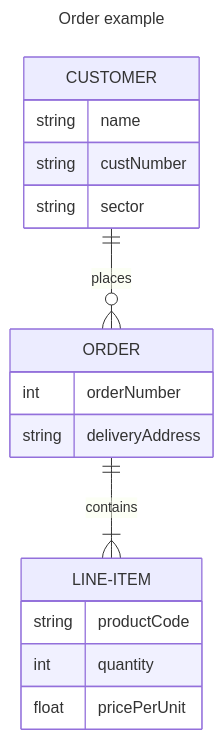
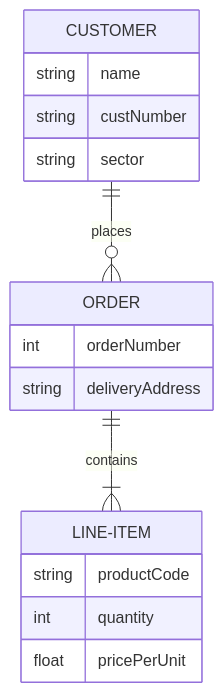
Before and after one commit to camalot/drjekyll-action: the third of 4 diagrams in docs/_includes/mermaid/entityRelationship.md, drawn with Mermaid. The commit also changed other lines of this file and 2 other files, not shown here.

Commit message:
fix: fix render for statediagram

````diff
--- a/docs/_includes/mermaid/entityRelationship.md
+++ b/docs/_includes/mermaid/entityRelationship.md
@@ -30,22 +26,20 @@
 ```mermaid
----
-title: Order example
----
+
 erDiagram
     CUSTOMER ||--o{ ORDER : places
     CUSTOMER {
         string name
         string custNumber
         string sector
     }
     ORDER ||--|{ LINE-ITEM : contains
     ORDER {
         int orderNumber
         string deliveryAddress
     }
     LINE-ITEM {
         string productCode
         int quantity
         float pricePerUnit
     }
 ```
````
